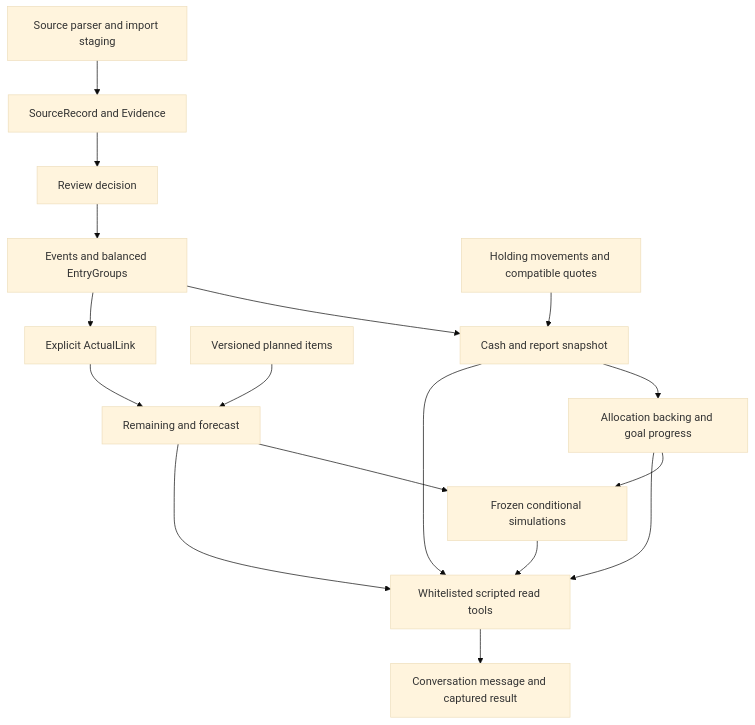
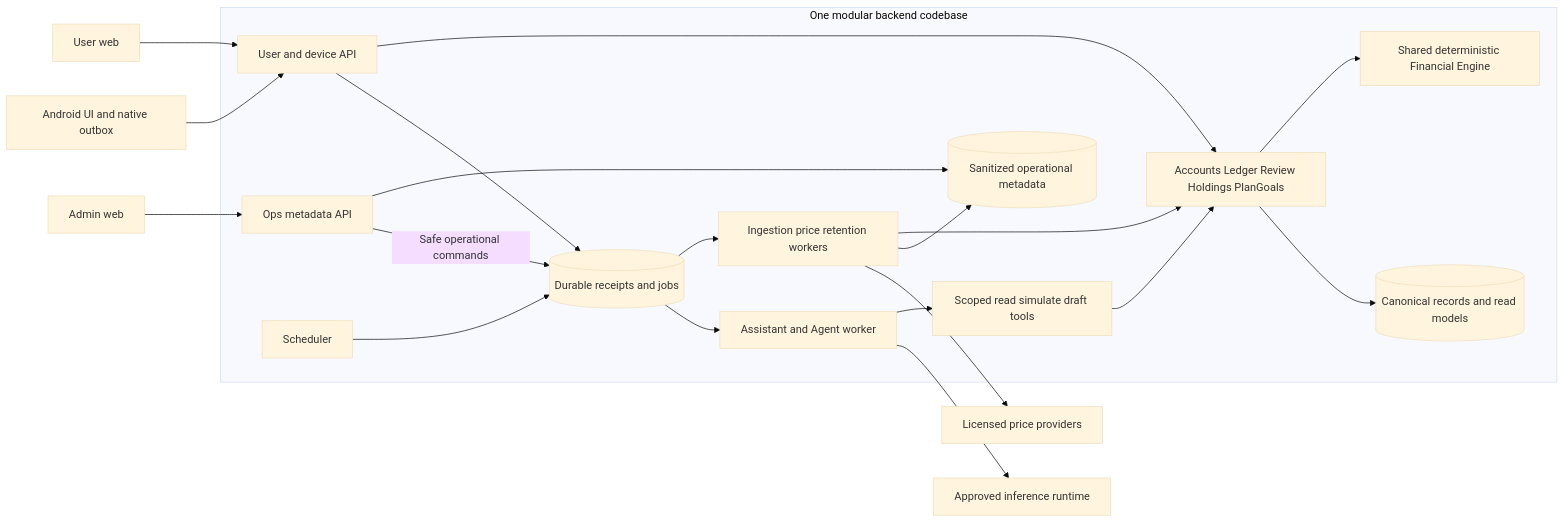
The first of 5 diagrams in docs/architecture/views/architecture-views.md (ntdcecmat-max/finweave), drawn with Mermaid (base theme) before and after one commit. The commit also changed other lines of this file and 1129 other files, not shown here.

````diff
--- a/docs/architecture/views/architecture-views.md
+++ b/docs/architecture/views/architecture-views.md
@@ -26,19 +23,23 @@
 ```mermaid
-flowchart TD
-  Ingest[Source parser and import staging] --> Evidence[SourceRecord and Evidence]
-  Evidence --> Review[Review decision]
-  Review --> Ledger[Events and balanced EntryGroups]
-  Ledger --> Reports[Cash and report snapshot]
-  Positions[Holding movements and compatible quotes] --> Reports
-  Plan[Versioned planned items] --> Forecast[Remaining and forecast]
-  Ledger --> Links[Explicit ActualLink]
-  Links --> Forecast
-  Reports --> Goals[Allocation backing and goal progress]
-  Forecast --> Sim[Frozen conditional simulations]
-  Goals --> Sim
-  Reports --> Tools[Whitelisted scripted read tools]
-  Forecast --> Tools
-  Goals --> Tools
-  Sim --> Tools
-  Tools --> AI[Conversation message and captured result]
+flowchart LR
+  Web[User web] --> API[User and device API]
+  Android[Android UI and native outbox] --> API
+  Admin[Admin web] --> Ops[Ops metadata API]
+  subgraph Backend[One modular backend codebase]
+    API --> Domain[Accounts Ledger Review Holdings PlanGoals]
+    Domain --> Engine[Shared deterministic Financial Engine]
+    Domain --> PG[(Canonical records and read models)]
+    API --> Jobs[(Durable receipts and jobs)]
+    Clock[Scheduler] --> Jobs
+    Jobs --> Worker[Ingestion price retention workers]
+    Worker --> Domain
+    Jobs --> Agent[Assistant and Agent worker]
+    Agent --> Tools[Scoped read simulate draft tools]
+    Tools --> Domain
+    Worker --> Safe[(Sanitized operational metadata)]
+    Ops --> Safe
+    Ops -->|Safe operational commands| Jobs
+  end
+  Worker --> Prices[Licensed price providers]
+  Agent --> Model[Approved inference runtime]
 ```
````
